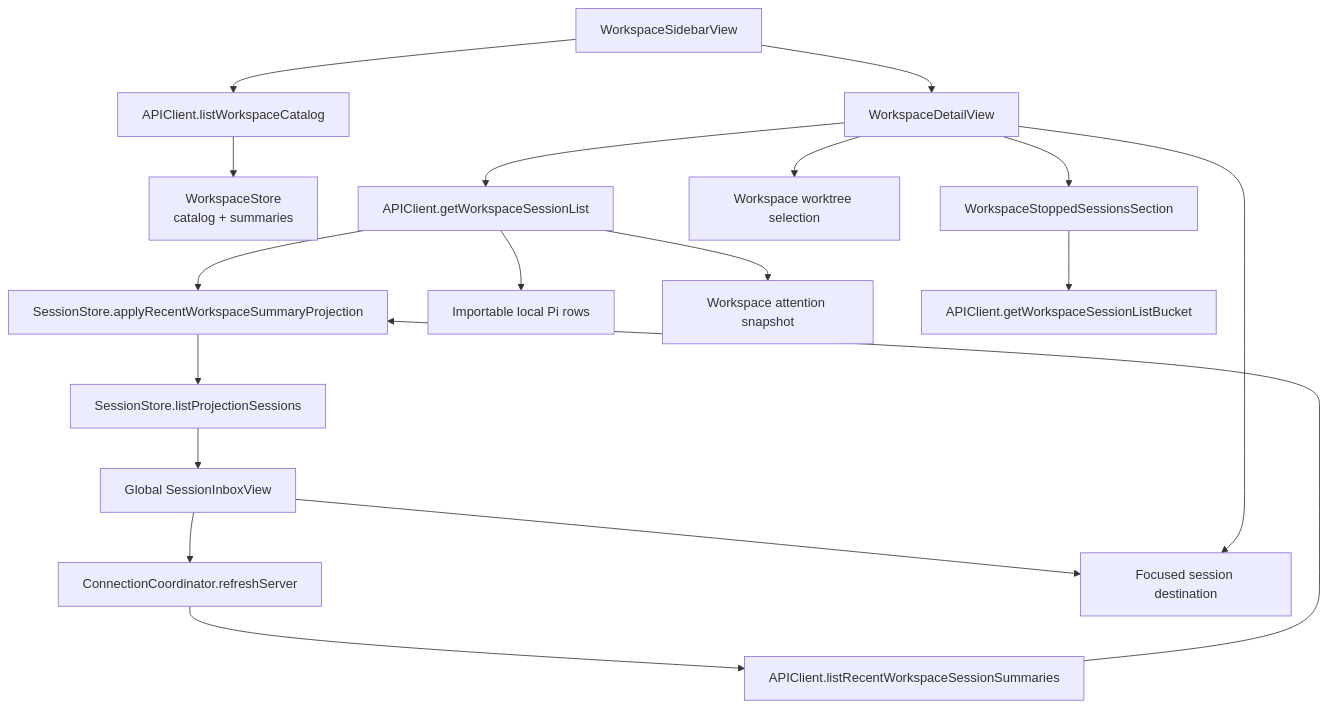
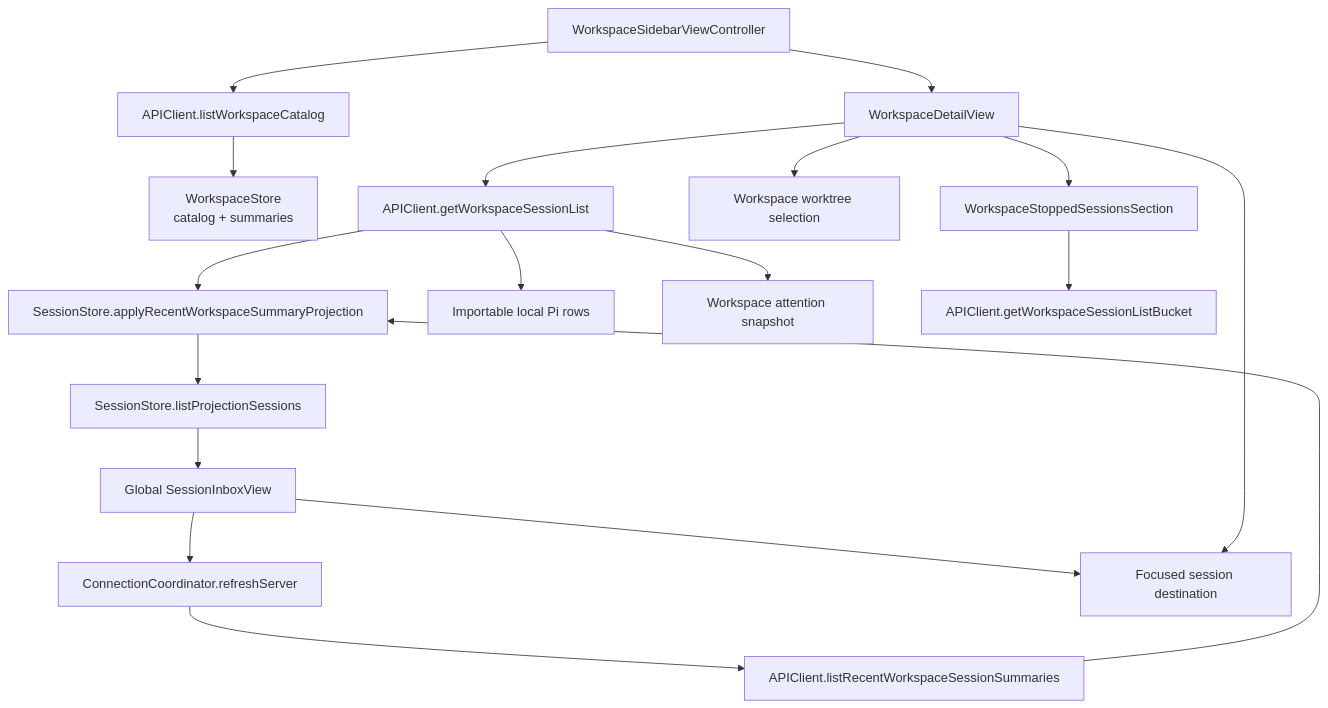
The second of 3 diagrams in dev/architecture-client/flows.md (duh17/oppi), drawn with Mermaid before and after one commit. The commit also changed 12 other files, not shown here.

First line of the commit message:
feat: host the workspace sidebar in a UIKit collection view

````diff
--- a/dev/architecture-client/flows.md
+++ b/dev/architecture-client/flows.md
@@ -45,23 +45,23 @@
 ```mermaid
 graph TD
-  Sidebar[WorkspaceSidebarView] --> CatalogAPI[APIClient.listWorkspaceCatalog]
+  Sidebar[WorkspaceSidebarViewController] --> CatalogAPI[APIClient.listWorkspaceCatalog]
   CatalogAPI --> WorkspaceStore[WorkspaceStore<br/>catalog + summaries]
 
   Inbox[Global SessionInboxView] --> Refresh[ConnectionCoordinator.refreshServer]
   Refresh --> RecentAPI[APIClient.listRecentWorkspaceSessionSummaries]
   RecentAPI --> SessionStore[SessionStore.applyRecentWorkspaceSummaryProjection]
   SessionStore --> Projection[SessionStore.listProjectionSessions]
   Projection --> Inbox
 
   Sidebar --> Detail[WorkspaceDetailView]
   Detail --> WorkspaceAPI[APIClient.getWorkspaceSessionList]
   WorkspaceAPI --> SessionStore
   WorkspaceAPI --> LocalRows[Importable local Pi rows]
   WorkspaceAPI --> Attention[Workspace attention snapshot]
   Detail --> Worktrees[Workspace worktree selection]
   Detail --> Stopped[WorkspaceStoppedSessionsSection]
   Stopped --> BucketAPI[APIClient.getWorkspaceSessionListBucket]
 
   Inbox --> Chat[Focused session destination]
   Detail --> Chat
 ```
````
